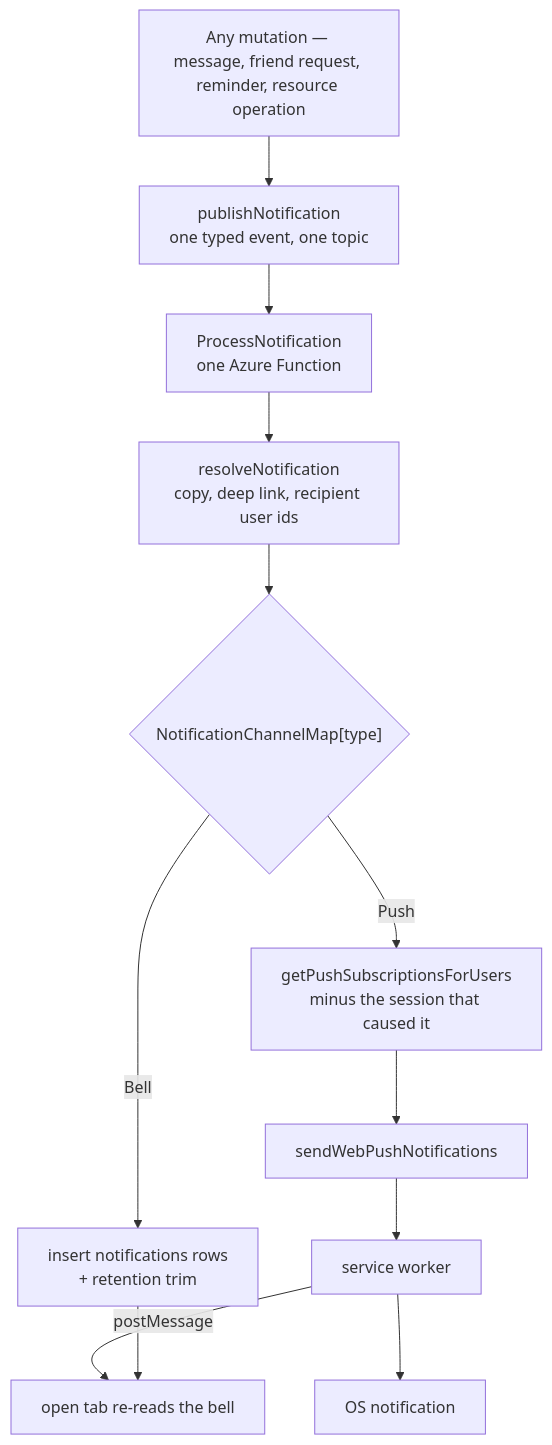
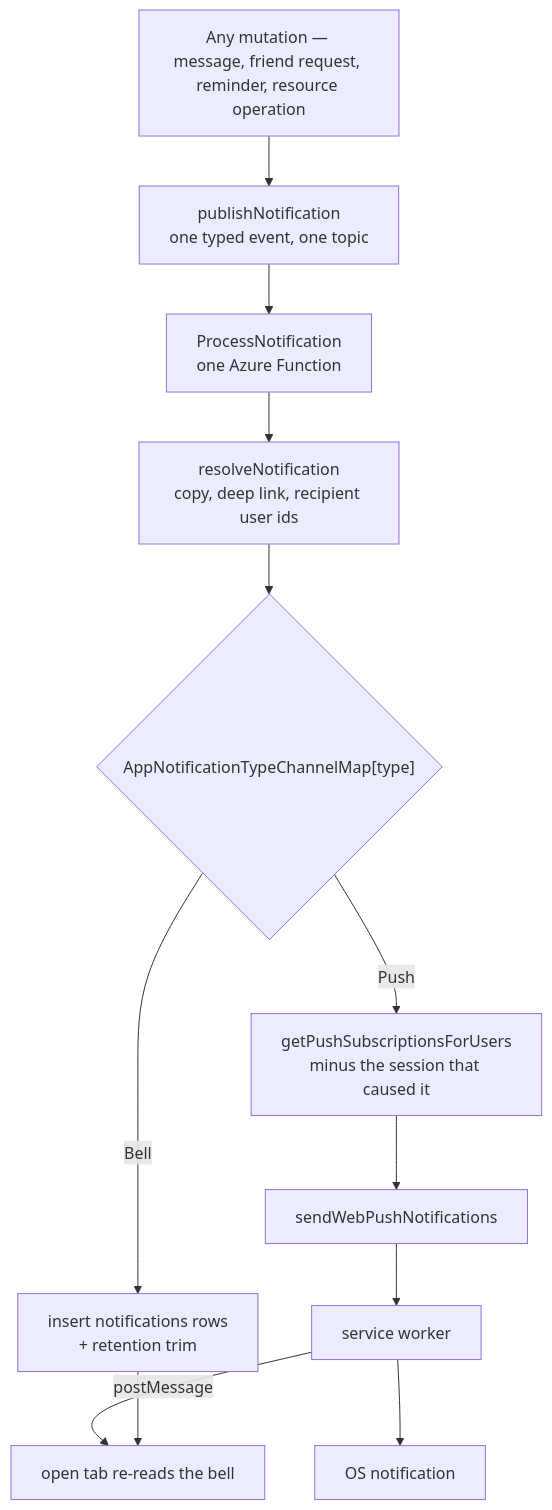
The diagram in packages/app/content/docs/architecture/notifications.md (Esposter/Esposter), drawn with Mermaid before and after one commit. The commit also changed other lines of this file and 30 other files, not shown here.

First line of the commit message:
refactor(db-schema): sweep naming over the models

````diff
--- a/packages/app/content/docs/architecture/notifications.md
+++ b/packages/app/content/docs/architecture/notifications.md
@@ -14,14 +14,14 @@
 ```mermaid
 flowchart TD
   SRC["Any mutation — message, friend request, reminder, resource operation"] --> PUB["publishNotification<br/>one typed event, one topic"]
   PUB --> FN["ProcessNotification<br/>one Azure Function"]
   FN --> RES["resolveNotification<br/>copy, deep link, recipient user ids"]
-  RES --> POL{"NotificationChannelMap[type]"}
+  RES --> POL{"AppNotificationTypeChannelMap[type]"}
   POL -->|Bell| ROW["insert notifications rows<br/>+ retention trim"]
   POL -->|Push| SUB["getPushSubscriptionsForUsers<br/>minus the session that caused it"]
   SUB --> WP["sendWebPushNotifications"]
   WP --> SW["service worker"]
   SW --> OS["OS notification"]
   SW -->|postMessage| TAB["open tab re-reads the bell"]
   ROW --> TAB
 ```
````
